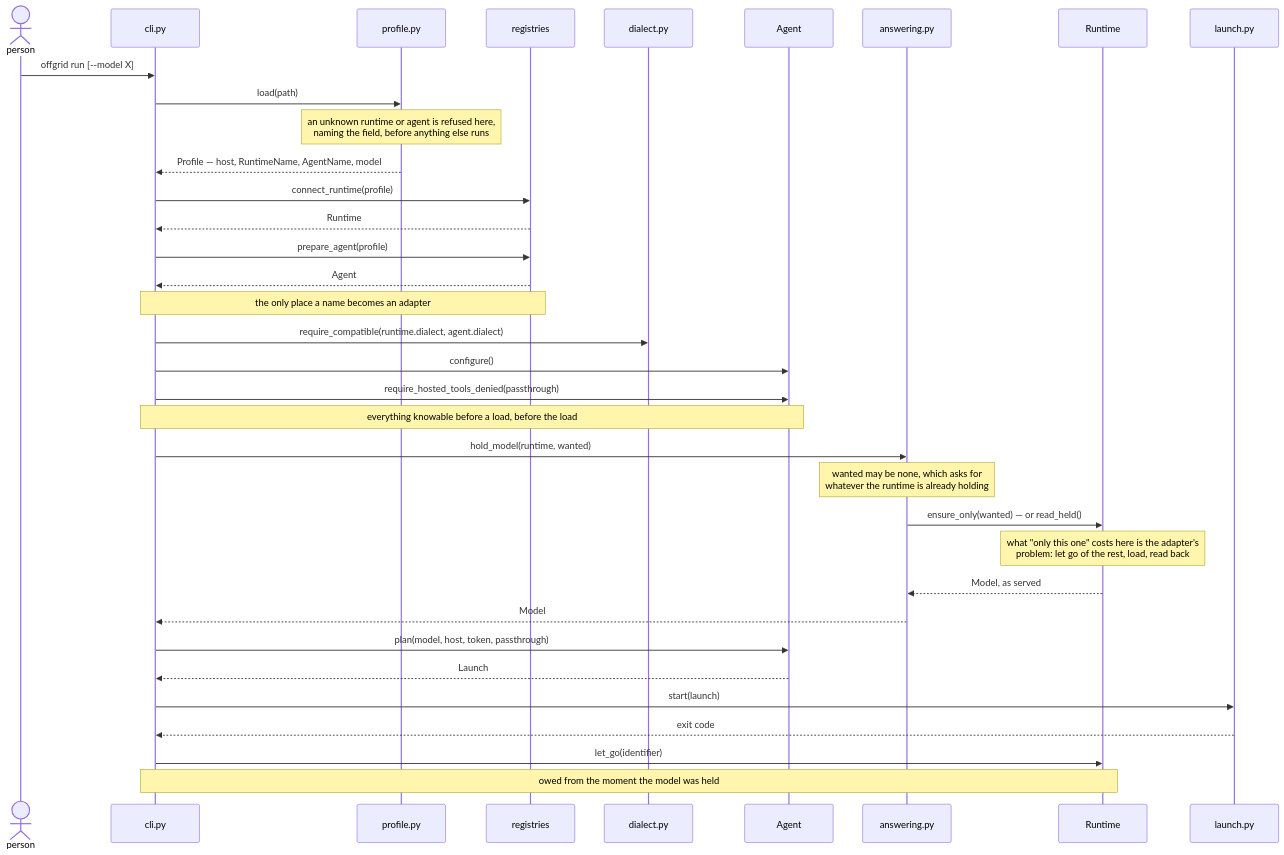
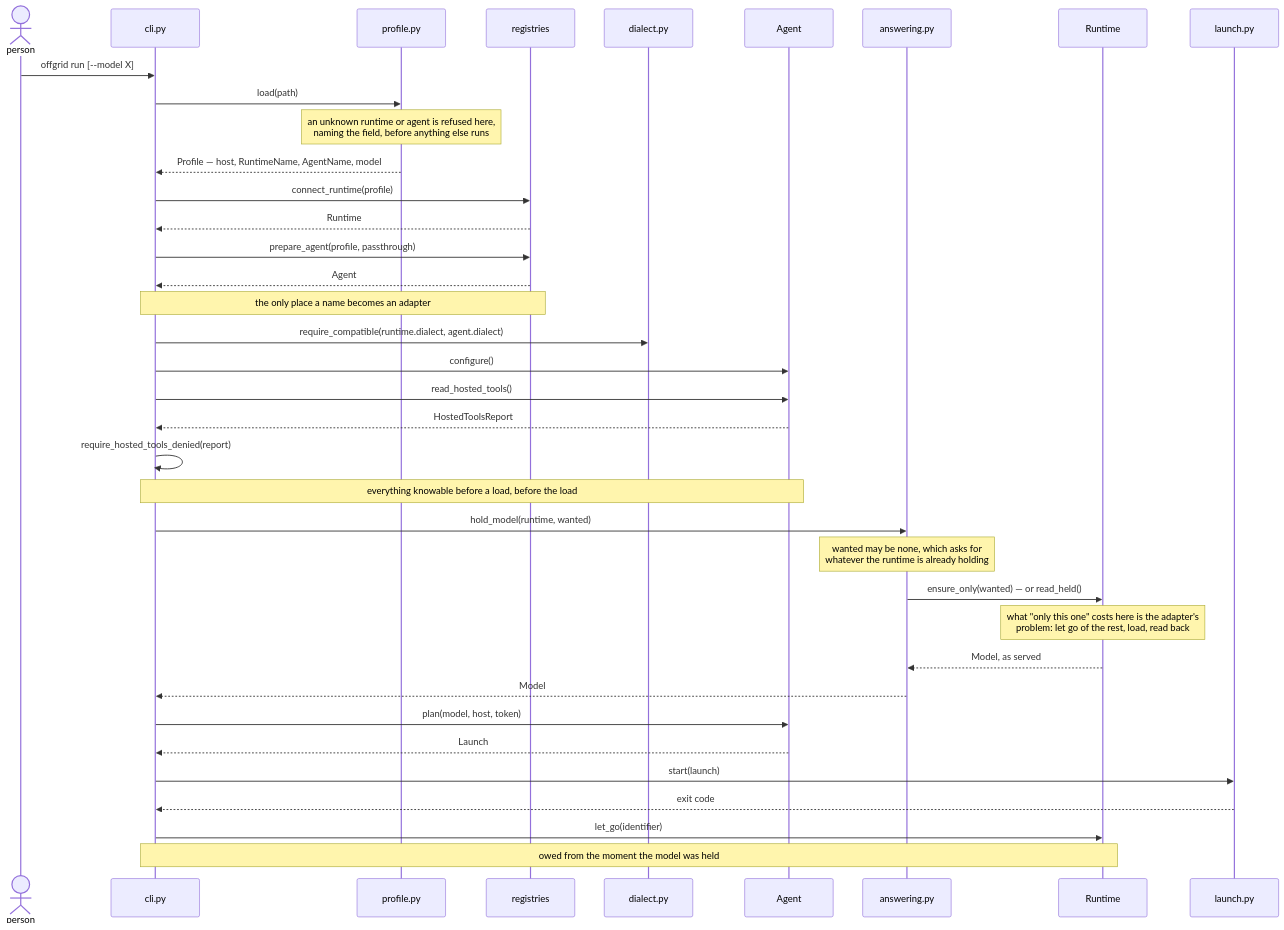
The second of 3 diagrams in docs/architecture.md (pvardanis/offgrid), drawn with Mermaid before and after one commit. The commit also changed other lines of this file and 3 other files, not shown here.

````diff
--- a/docs/architecture.md
+++ b/docs/architecture.md
@@ -141,38 +143,40 @@
 ```mermaid
 sequenceDiagram
     actor P as person
     participant C as cli.py
     participant F as profile.py
     participant G as registries
     participant D as dialect.py
     participant A as Agent
     participant H as answering.py
     participant R as Runtime
     participant L as launch.py
 
     P->>C: offgrid run [--model X]
     C->>F: load(path)
     Note over F: an unknown runtime or agent is refused here,<br/>naming the field, before anything else runs
     F-->>C: Profile — host, RuntimeName, AgentName, model
     C->>G: connect_runtime(profile)
     G-->>C: Runtime
-    C->>G: prepare_agent(profile)
+    C->>G: prepare_agent(profile, passthrough)
     G-->>C: Agent
     Note over C,G: the only place a name becomes an adapter
     C->>D: require_compatible(runtime.dialect, agent.dialect)
     C->>A: configure()
-    C->>A: require_hosted_tools_denied(passthrough)
+    C->>A: read_hosted_tools()
+    A-->>C: HostedToolsReport
+    C->>C: require_hosted_tools_denied(report)
     Note over C,A: everything knowable before a load, before the load
     C->>H: hold_model(runtime, wanted)
     Note over H: wanted may be none, which asks for<br/>whatever the runtime is already holding
     H->>R: ensure_only(wanted) — or read_held()
     Note over R: what "only this one" costs here is the adapter's<br/>problem: let go of the rest, load, read back
     R-->>H: Model, as served
     H-->>C: Model
-    C->>A: plan(model, host, token, passthrough)
+    C->>A: plan(model, host, token)
     A-->>C: Launch
     C->>L: start(launch)
     L-->>C: exit code
     C->>R: let_go(identifier)
     Note over C,R: owed from the moment the model was held
 ```
````
